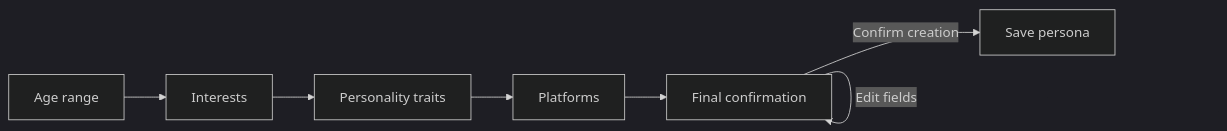
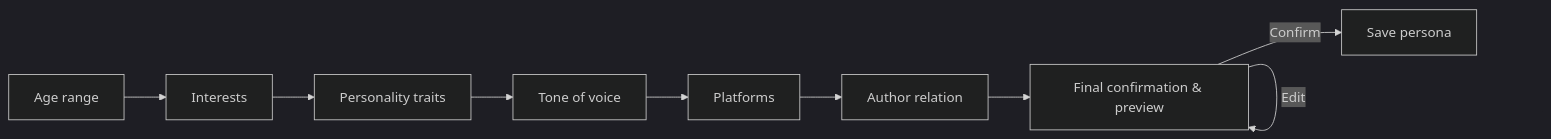
The second of 3 diagrams in README.md (ChurzeXo/kevlar-4u), drawn with Mermaid (dark theme) before and after one commit. The commit also changed other lines of this file, not shown here.

````diff
--- a/README.md
+++ b/README.md
@@ -123,9 +130,11 @@
 ```mermaid
 flowchart LR
   A["Age range"] --> B["Interests"]
   B --> C["Personality traits"]
-  C --> D["Platforms"]
-  D --> E["Final confirmation"]
-  E -->|Confirm creation| F["Save persona"]
-  E -->|Edit fields| E
+  C --> D["Tone of voice"]
+  D --> E["Platforms"]
+  E --> F["Author relation"]
+  F --> G["Final confirmation & preview"]
+  G -->|Confirm| H["Save persona"]
+  G -->|Edit| G
 ```
````
